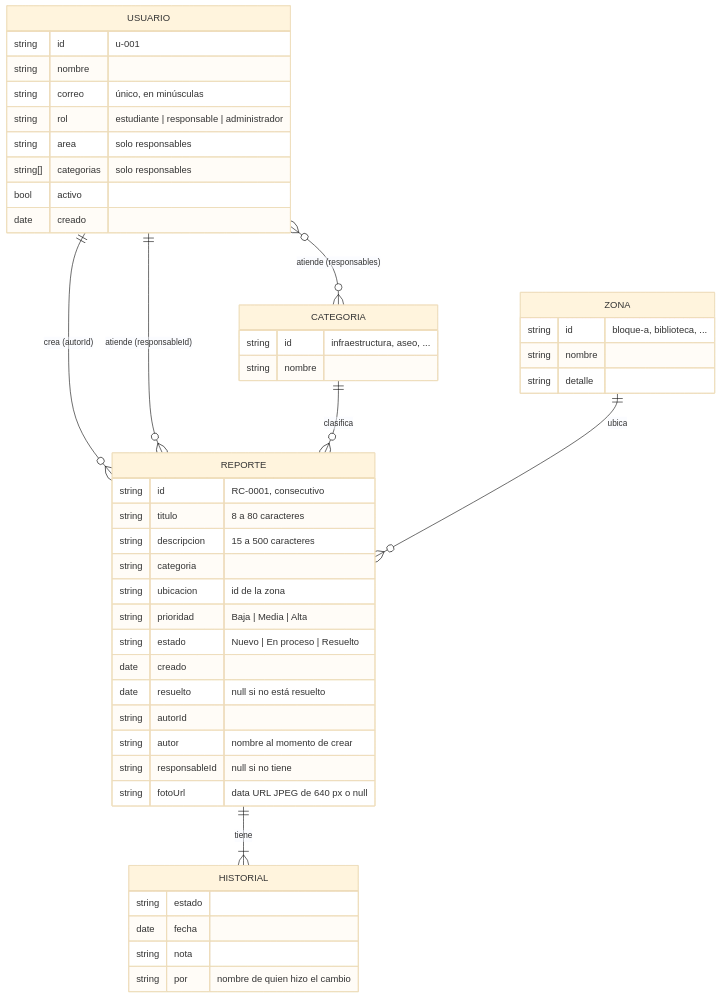
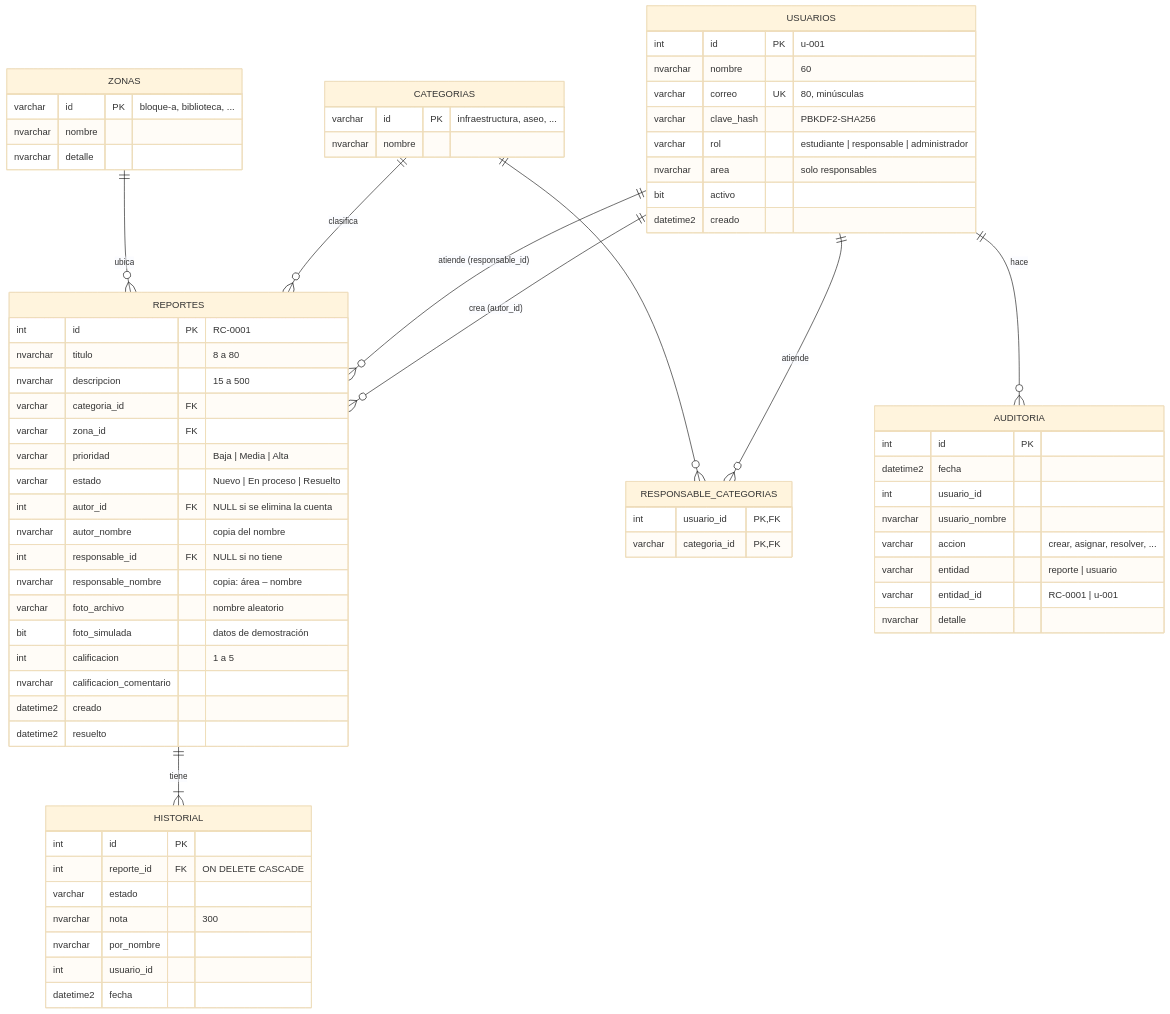
Before and after one commit to ElOne1415/ReportaCampus: the diagram in documentacion/diagramas/modelo-datos.md, drawn with Mermaid (base theme). The commit also changed other lines of this file and 14 other files, not shown here.

First line of the commit message:
docs: arquitectura final, diagramas, requerimientos, pruebas y decisiones

````diff
--- a/documentacion/diagramas/modelo-datos.md
+++ b/documentacion/diagramas/modelo-datos.md
@@ -5,50 +5,73 @@
 ```mermaid
 erDiagram
-    USUARIO ||--o{ REPORTE : "crea (autorId)"
-    USUARIO ||--o{ REPORTE : "atiende (responsableId)"
-    REPORTE ||--|{ HISTORIAL : tiene
-    CATEGORIA ||--o{ REPORTE : clasifica
-    ZONA ||--o{ REPORTE : ubica
-    USUARIO }o--o{ CATEGORIA : "atiende (responsables)"
+    USUARIOS ||--o{ REPORTES : "crea (autor_id)"
+    USUARIOS ||--o{ REPORTES : "atiende (responsable_id)"
+    USUARIOS ||--o{ RESPONSABLE_CATEGORIAS : atiende
+    CATEGORIAS ||--o{ RESPONSABLE_CATEGORIAS : ""
+    CATEGORIAS ||--o{ REPORTES : clasifica
+    ZONAS ||--o{ REPORTES : ubica
+    REPORTES ||--|{ HISTORIAL : tiene
+    USUARIOS ||--o{ AUDITORIA : "hace"
 
-    USUARIO {
-        string id "u-001"
-        string nombre
-        string correo "único, en minúsculas"
-        string rol "estudiante | responsable | administrador"
-        string area "solo responsables"
-        string[] categorias "solo responsables"
-        bool activo
-        date creado
+    USUARIOS {
+        int id PK "u-001"
+        nvarchar nombre "60"
+        varchar correo UK "80, minúsculas"
+        varchar clave_hash "PBKDF2-SHA256"
+        varchar rol "estudiante | responsable | administrador"
+        nvarchar area "solo responsables"
+        bit activo
+        datetime2 creado
     }
-    REPORTE {
-        string id "RC-0001, consecutivo"
-        string titulo "8 a 80 caracteres"
-        string descripcion "15 a 500 caracteres"
-        string categoria
-        string ubicacion "id de la zona"
-        string prioridad "Baja | Media | Alta"
-        string estado "Nuevo | En proceso | Resuelto"
-        date creado
-        date resuelto "null si no está resuelto"
-        string autorId
-        string autor "nombre al momento de crear"
-        string responsableId "null si no tiene"
-        string fotoUrl "data URL JPEG de 640 px o null"
+    CATEGORIAS {
+        varchar id PK "infraestructura, aseo, ..."
+        nvarchar nombre
+    }
+    ZONAS {
+        varchar id PK "bloque-a, biblioteca, ..."
+        nvarchar nombre
+        nvarchar detalle
+    }
+    RESPONSABLE_CATEGORIAS {
+        int usuario_id PK, FK
+        varchar categoria_id PK, FK
+    }
+    REPORTES {
+        int id PK "RC-0001"
+        nvarchar titulo "8 a 80"
+        nvarchar descripcion "15 a 500"
+        varchar categoria_id FK
+        varchar zona_id FK
+        varchar prioridad "Baja | Media | Alta"
+        varchar estado "Nuevo | En proceso | Resuelto"
+        int autor_id FK "NULL si se elimina la cuenta"
+        nvarchar autor_nombre "copia del nombre"
+        int responsable_id FK "NULL si no tiene"
+        nvarchar responsable_nombre "copia: área – nombre"
+        varchar foto_archivo "nombre aleatorio"
+        bit foto_simulada "datos de demostración"
+        int calificacion "1 a 5"
+        nvarchar calificacion_comentario
+        datetime2 creado
+        datetime2 resuelto
     }
     HISTORIAL {
-        string estado
-        date fecha
-        string nota
-        string por "nombre de quien hizo el cambio"
+        int id PK
+        int reporte_id FK "ON DELETE CASCADE"
+        varchar estado
+        nvarchar nota "300"
+        nvarchar por_nombre
+        int usuario_id
+        datetime2 fecha
     }
-    CATEGORIA {
-        string id "infraestructura, aseo, ..."
-        string nombre
-    }
-    ZONA {
-        string id "bloque-a, biblioteca, ..."
-        string nombre
-        string detalle
+    AUDITORIA {
+        int id PK
+        datetime2 fecha
+        int usuario_id
+        nvarchar usuario_nombre
+        varchar accion "crear, asignar, resolver, ..."
+        varchar entidad "reporte | usuario"
+        varchar entidad_id "RC-0001 | u-001"
+        nvarchar detalle
     }
 ```
````
